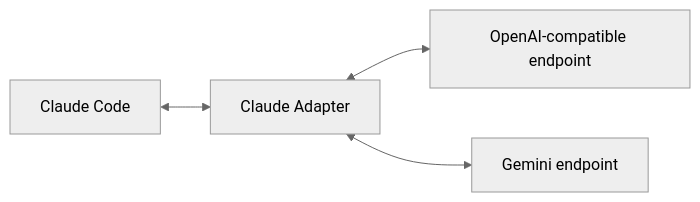
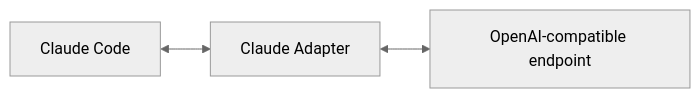
The second of 2 diagrams in docs/features.md (mehdihadeli/agent-router), drawn with Mermaid (neutral theme) before and after one commit. The commit also changed other lines of this file and 237 other files, not shown here.

````diff
--- a/docs/features.md
+++ b/docs/features.md
@@ -40,6 +40,5 @@
 ```mermaid
 flowchart LR
     C[Claude Code] <--> A[Claude Adapter]
     A <--> O[OpenAI-compatible endpoint]
-    A <--> G[Gemini endpoint]
 ```
````
